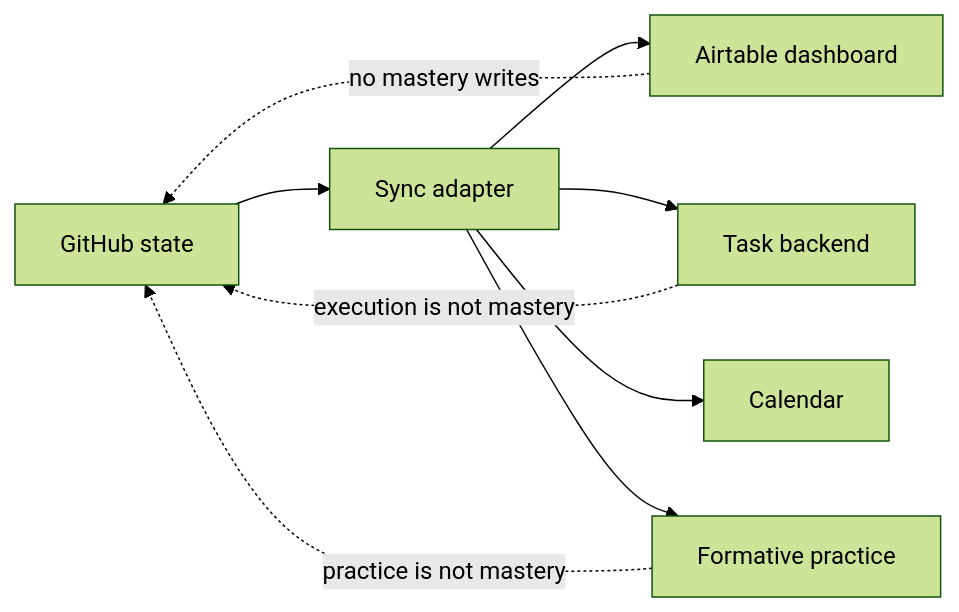
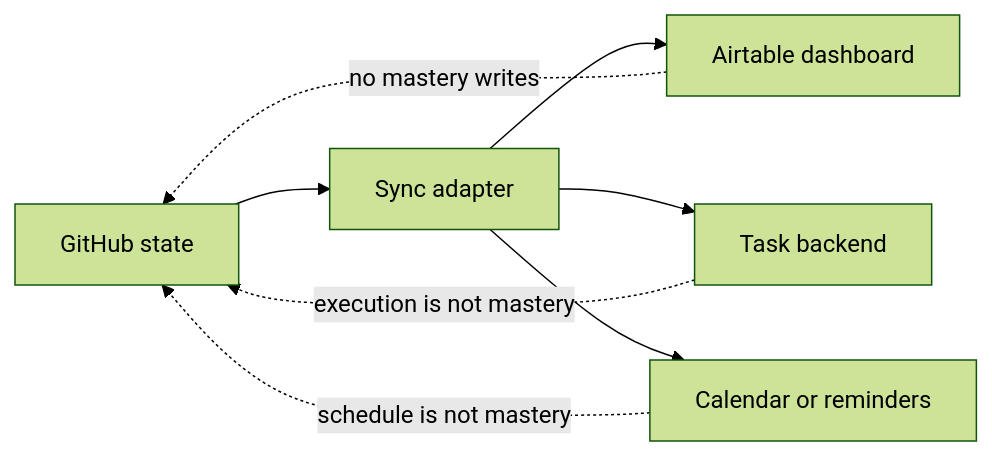
The second of 2 diagrams in docs/integration-capabilities.md (diegomoura/open-study-path), drawn with Mermaid (forest theme) before and after one commit. The commit also changed other lines of this file and 31 other files, not shown here.

````diff
--- a/docs/integration-capabilities.md
+++ b/docs/integration-capabilities.md
@@ -68,11 +68,10 @@
 ```mermaid
 flowchart LR
     G[GitHub state] --> X[Sync adapter]
     X --> A[Airtable dashboard]
     X --> T[Task backend]
-    X --> C[Calendar]
-    X --> Q[Formative practice]
+    X --> C[Calendar or reminders]
     A -. no mastery writes .-> G
     T -. execution is not mastery .-> G
-    Q -. practice is not mastery .-> G
+    C -. schedule is not mastery .-> G
 ```
````
